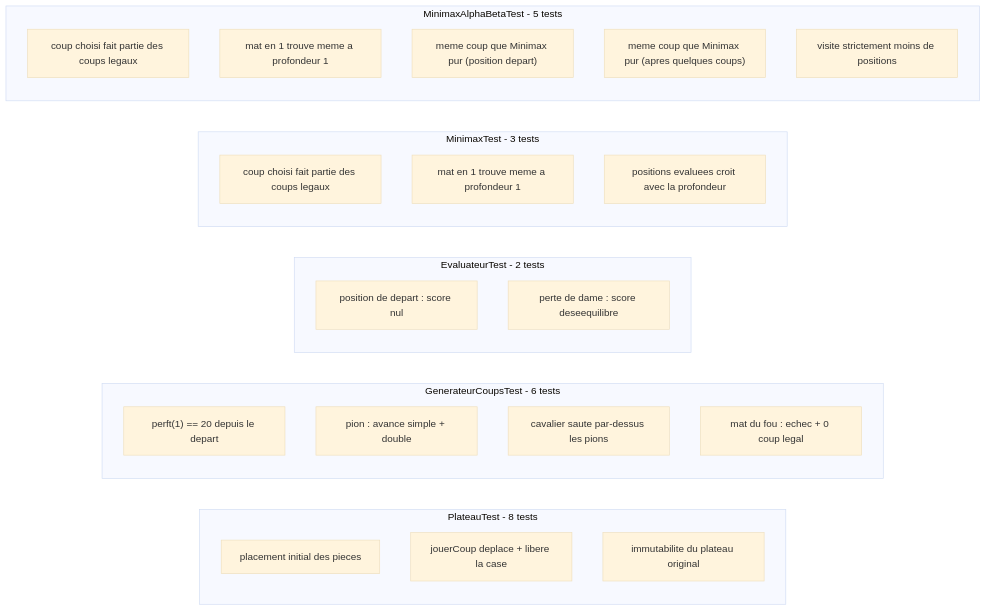
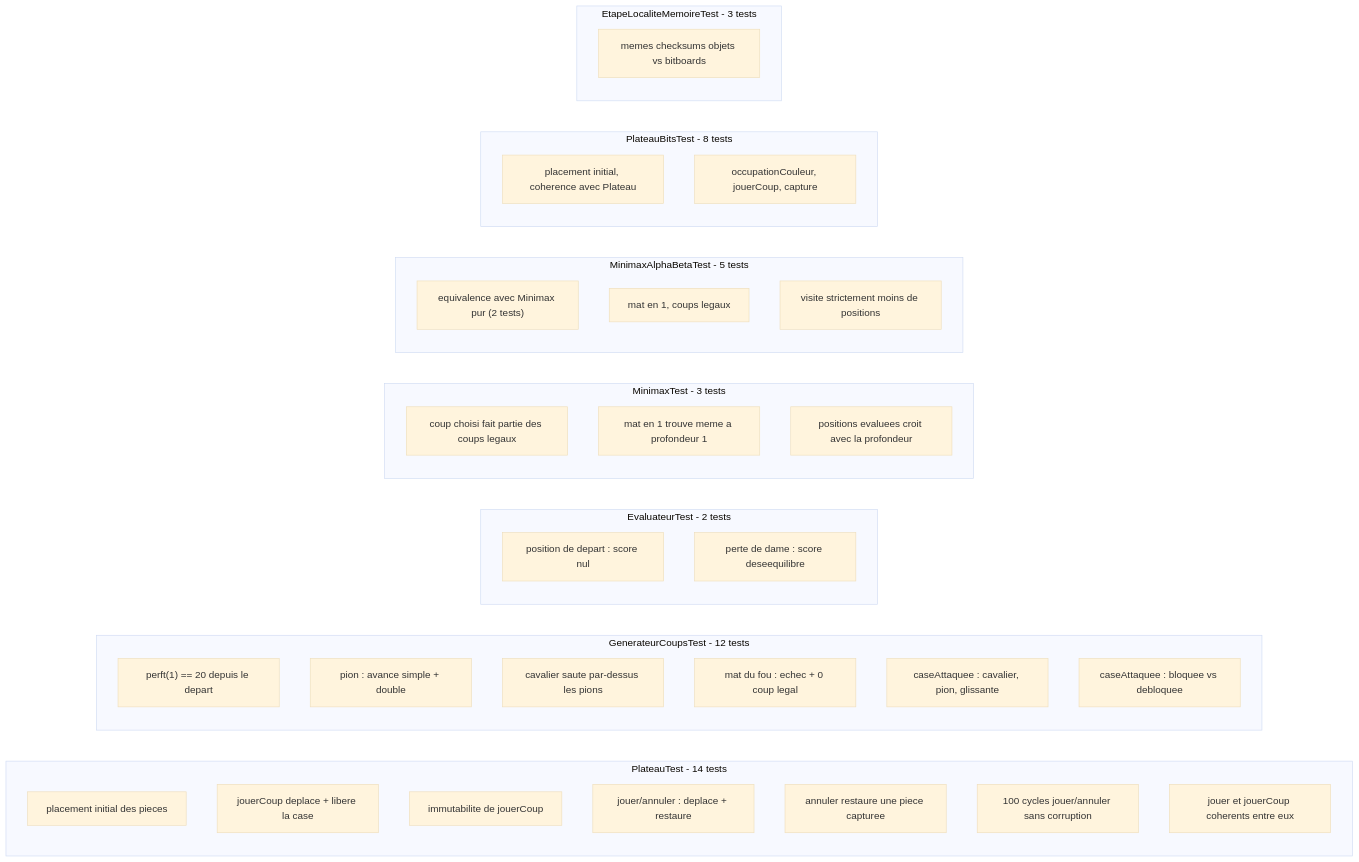
One commit to YoussefGoat123/FILROUGE changed the fifth of 13 diagrams in MoteurEchecs/shemas/schemas.md. Above: the diagram before and after it, drawn with Mermaid (base theme). The commit also changed other lines of this file and 18 other files, not shown here.

````diff
--- a/MoteurEchecs/shemas/schemas.md
+++ b/MoteurEchecs/shemas/schemas.md
@@ -129,30 +129,41 @@
 ```mermaid
 graph LR
-    subgraph "PlateauTest - 8 tests"
+    subgraph "PlateauTest - 14 tests"
         T1["placement initial des pieces"]
         T2["jouerCoup deplace + libere la case"]
-        T3["immutabilite du plateau original"]
+        T3["immutabilite de jouerCoup"]
+        T4["jouer/annuler : deplace + restaure"]
+        T5["annuler restaure une piece capturee"]
+        T6["100 cycles jouer/annuler sans corruption"]
+        T7["jouer et jouerCoup coherents entre eux"]
     end
-    subgraph "GenerateurCoupsTest - 6 tests"
-        T4["perft(1) == 20 depuis le depart"]
-        T5["pion : avance simple + double"]
-        T6["cavalier saute par-dessus les pions"]
-        T7["mat du fou : echec + 0 coup legal"]
+    subgraph "GenerateurCoupsTest - 12 tests"
+        T8["perft(1) == 20 depuis le depart"]
+        T9["pion : avance simple + double"]
+        T10["cavalier saute par-dessus les pions"]
+        T11["mat du fou : echec + 0 coup legal"]
+        T12["caseAttaquee : cavalier, pion, glissante"]
+        T13["caseAttaquee : bloquee vs debloquee"]
     end
     subgraph "EvaluateurTest - 2 tests"
-        T8["position de depart : score nul"]
-        T9["perte de dame : score deseequilibre"]
+        T14["position de depart : score nul"]
+        T15["perte de dame : score deseequilibre"]
     end
     subgraph "MinimaxTest - 3 tests"
-        T10["coup choisi fait partie des coups legaux"]
-        T11["mat en 1 trouve meme a profondeur 1"]
-        T12["positions evaluees croit avec la profondeur"]
+        T16["coup choisi fait partie des coups legaux"]
+        T17["mat en 1 trouve meme a profondeur 1"]
+        T18["positions evaluees croit avec la profondeur"]
     end
     subgraph "MinimaxAlphaBetaTest - 5 tests"
-        T13["coup choisi fait partie des coups legaux"]
-        T14["mat en 1 trouve meme a profondeur 1"]
-        T15["meme coup que Minimax pur (position depart)"]
-        T16["meme coup que Minimax pur (apres quelques coups)"]
-        T17["visite strictement moins de positions"]
+        T19["equivalence avec Minimax pur (2 tests)"]
+        T20["mat en 1, coups legaux"]
+        T21["visite strictement moins de positions"]
+    end
+    subgraph "PlateauBitsTest - 8 tests"
+        T22["placement initial, coherence avec Plateau"]
+        T23["occupationCouleur, jouerCoup, capture"]
+    end
+    subgraph "EtapeLocaliteMemoireTest - 3 tests"
+        T24["memes checksums objets vs bitboards"]
     end
 ```
````
